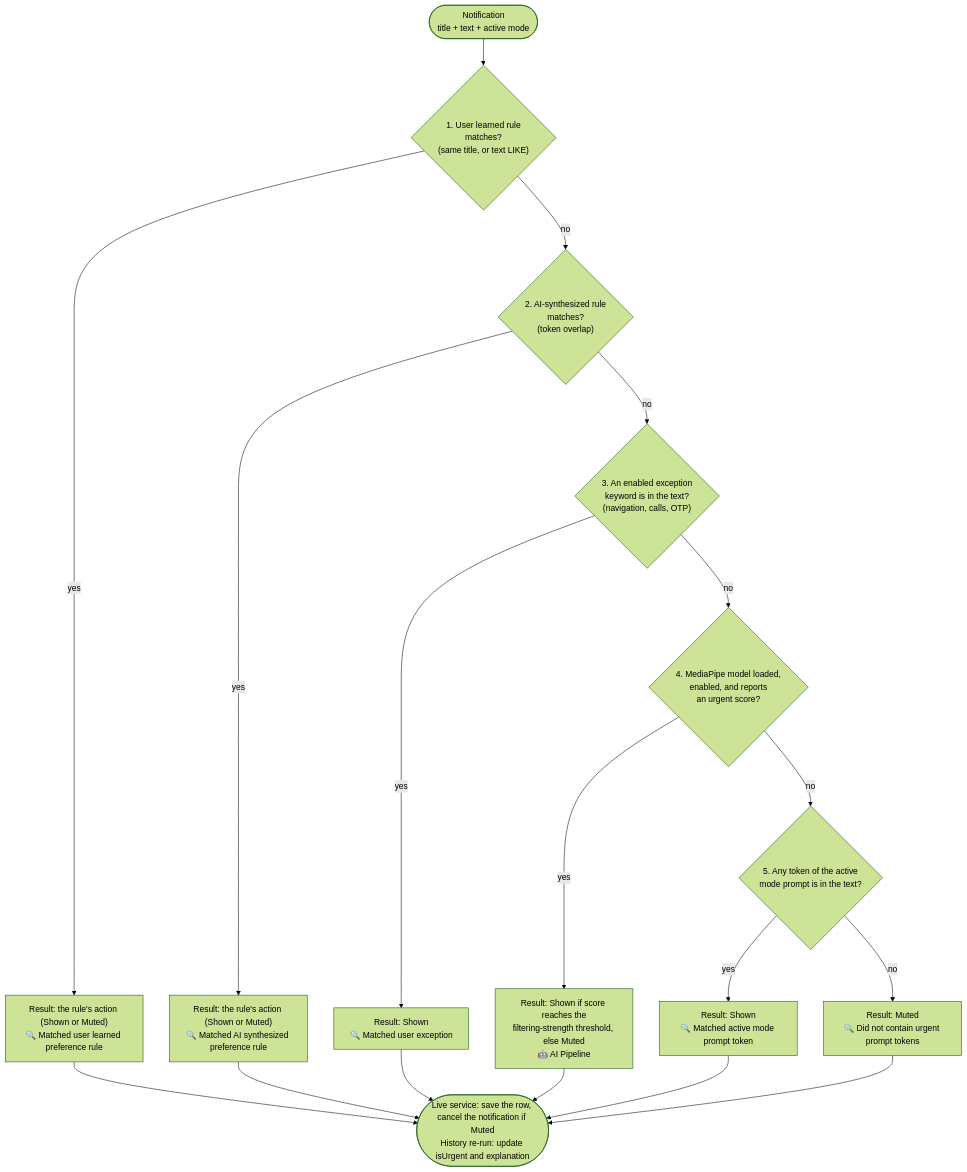
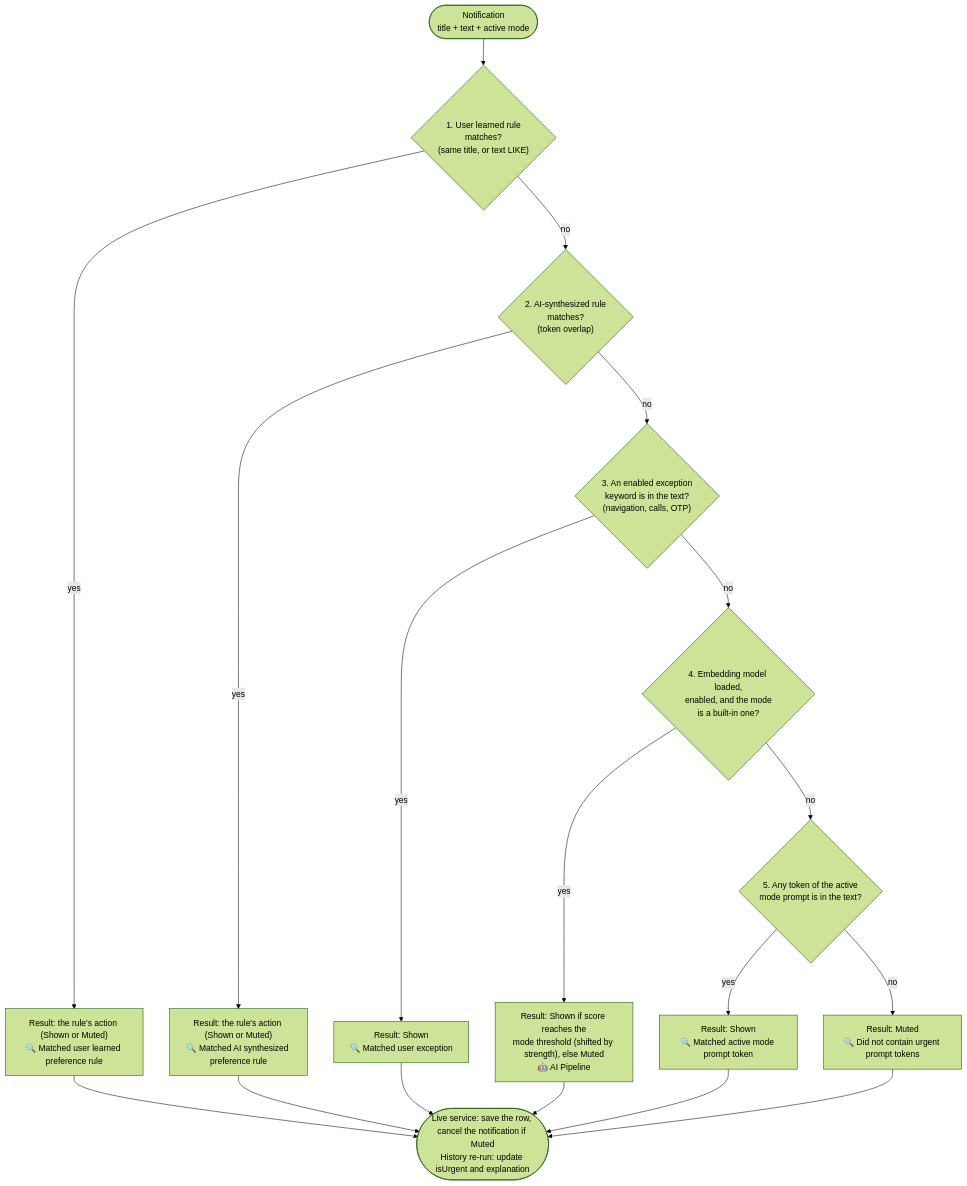
Before and after one commit to gnanaswaroop/FocusRefine: the diagram in docs/ai_classification_and_modes.md, drawn with Mermaid (forest theme). The commit also changed other lines of this file and 17 other files, not shown here.

First line of the commit message:
feat: classify with an on-device embedding model

````diff
--- a/docs/ai_classification_and_modes.md
+++ b/docs/ai_classification_and_modes.md
@@ -91,21 +91,21 @@
 ```mermaid
 flowchart TD
     N(["Notification<br/>title + text + active mode"]) --> L{"1. User learned rule<br/>matches?<br/>(same title, or text LIKE)"}
     L -- yes --> R1["Result: the rule's action (Shown or Muted)<br/>🔍 Matched user learned preference rule"]
     L -- no --> S{"2. AI-synthesized rule<br/>matches?<br/>(token overlap)"}
     S -- yes --> R2["Result: the rule's action (Shown or Muted)<br/>🔍 Matched AI synthesized preference rule"]
     S -- no --> E{"3. An enabled exception<br/>keyword is in the text?<br/>(navigation, calls, OTP)"}
     E -- yes --> R3["Result: Shown<br/>🔍 Matched user exception"]
-    E -- no --> M{"4. MediaPipe model loaded,<br/>enabled, and reports<br/>an urgent score?"}
-    M -- yes --> R4["Result: Shown if score reaches the<br/>filtering-strength threshold, else Muted<br/>🤖 AI Pipeline"]
+    E -- no --> M{"4. Embedding model loaded,<br/>enabled, and the mode<br/>is a built-in one?"}
+    M -- yes --> R4["Result: Shown if score reaches the<br/>mode threshold (shifted by strength), else Muted<br/>🤖 AI Pipeline"]
     M -- no --> K{"5. Any token of the active<br/>mode prompt is in the text?"}
     K -- yes --> R5["Result: Shown<br/>🔍 Matched active mode prompt token"]
     K -- no --> R6["Result: Muted<br/>🔍 Did not contain urgent prompt tokens"]
 
     R1 --> D(["Live service: save the row, cancel the notification if Muted<br/>History re-run: update isUrgent and explanation"])
     R2 --> D
     R3 --> D
     R4 --> D
     R5 --> D
     R6 --> D
 ```
````
